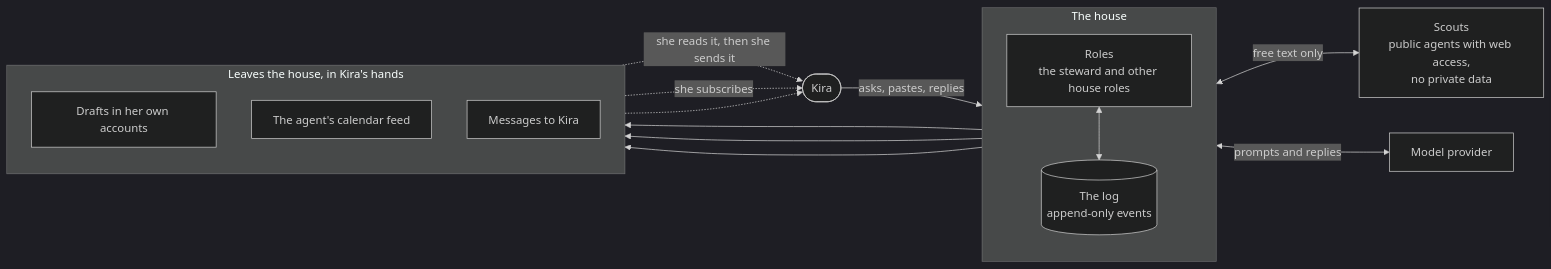
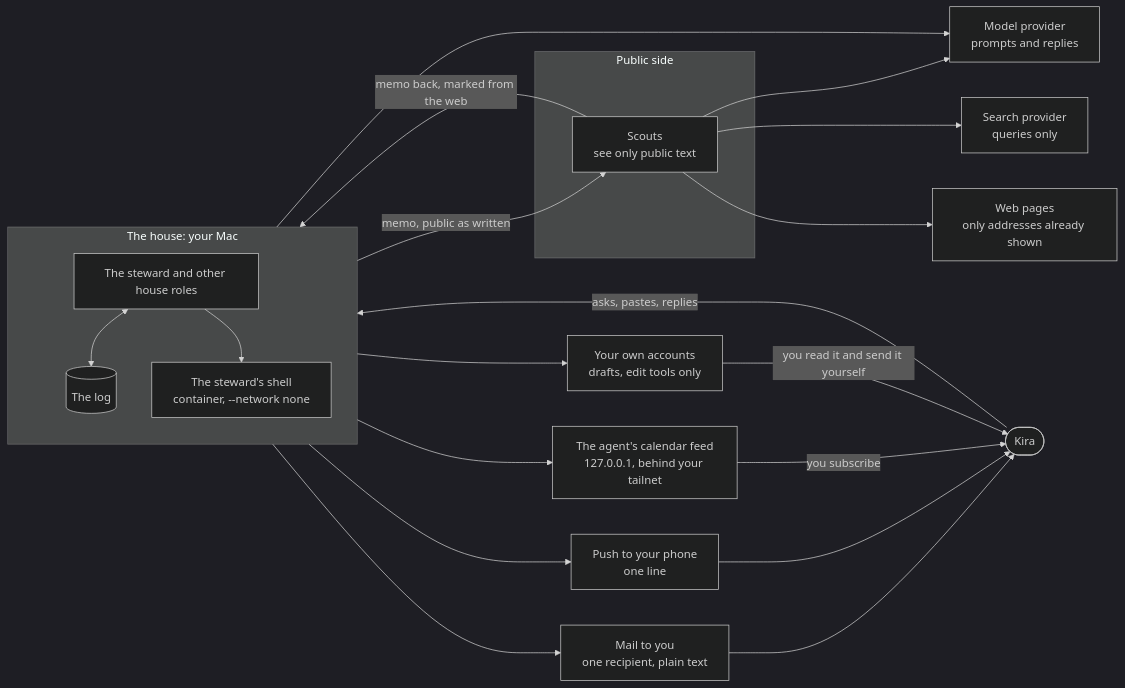
Before and after one commit to kirahowe/relay: the first of 11 diagrams in docs/architecture.md, drawn with Mermaid (dark theme). The commit also changed other lines of this file, not shown here.

First line of the commit message:
Rewrite the architecture page from the code on main

````diff
--- a/docs/architecture.md
+++ b/docs/architecture.md
@@ -20,31 +28,41 @@
 ```mermaid
 flowchart LR
     kira(["Kira"])
 
-    subgraph house["The house"]
+    subgraph house["The house: your Mac"]
         direction TB
-        roles["Roles<br/>the steward and other house roles"]
-        log[("The log<br/>append-only events")]
-        roles <--> log
+        steward["The steward and other house roles"]
+        log[("The log")]
+        shell["The steward's shell<br/>container, --network none"]
+        steward <--> log
+        steward --> shell
     end
 
-    subgraph out["Leaves the house, in Kira's hands"]
-        direction TB
-        drafts["Drafts in her own accounts"]
-        cal["The agent's calendar feed"]
-        msg["Messages to Kira"]
+    subgraph scoutside["Public side"]
+        scout["Scouts<br/>see only public text"]
     end
 
-    scouts["Scouts<br/>public agents with web access,<br/>no private data"]
-    model["Model provider"]
+    model["Model provider<br/>prompts and replies"]
+    search["Search provider<br/>queries only"]
+    web["Web pages<br/>only addresses already shown"]
+    yours["Your own accounts<br/>drafts, edit tools only"]
+    mailout["Mail to you<br/>one recipient, plain text"]
+    push["Push to your phone<br/>one line"]
+    feed["The agent's calendar feed<br/>127.0.0.1, behind your tailnet"]
 
-    kira -->|"asks, pastes, replies"| roles
-    roles --> drafts
-    roles --> cal
-    roles --> msg
-    drafts -.->|"she reads it, then she sends it"| kira
-    cal -.->|"she subscribes"| kira
-    msg -.-> kira
-    roles <-->|"free text only"| scouts
-    roles <-->|"prompts and replies"| model
+    kira -->|"asks, pastes, replies"| steward
+    steward -->|"memo, public as written"| scout
+    scout -->|"memo back, marked from the web"| steward
+    steward --> model
+    scout --> model
+    scout --> search
+    scout --> web
+    steward --> yours
+    steward --> mailout
+    steward --> push
+    steward --> feed
+    mailout --> kira
+    push --> kira
+    feed -->|"you subscribe"| kira
+    yours -->|"you read it and send it yourself"| kira
 ```
````
